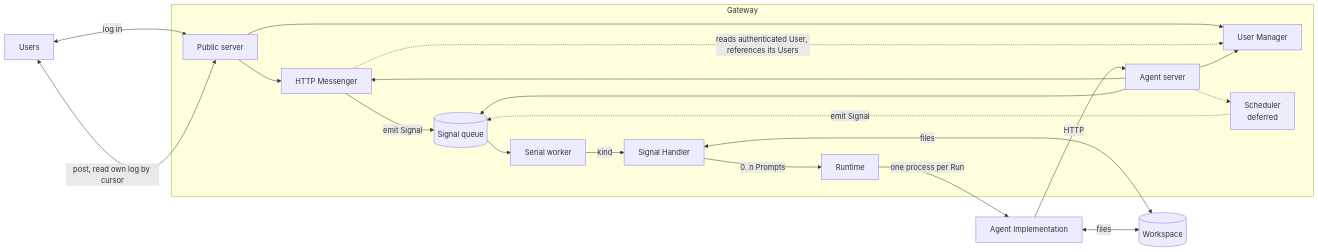
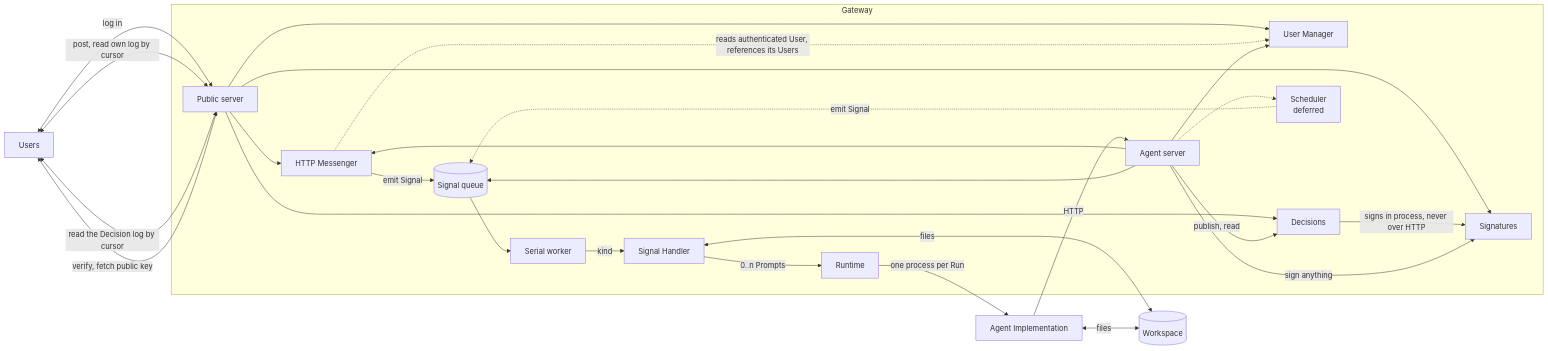
Before and after one commit to shutter-network/concorde: the diagram in docs/architecture.md, drawn with Mermaid. The commit also changed other lines of this file and 10 other files, not shown here.

Commit message:
docs: the decisions behind descriptions, signatures and decisions

````diff
--- a/docs/architecture.md
+++ b/docs/architecture.md
@@ -21,24 +25,31 @@
 ```mermaid
 flowchart LR
     U[Users] <-->|log in| P[Public server]
     U <-->|post, read own log by cursor| P
+    U <-->|read the Decision log by cursor| P
+    U <-->|verify, fetch public key| P
     subgraph GW[Gateway]
       P --> UM[User Manager]
       P --> M[HTTP Messenger]
+      P --> D[Decisions]
+      P --> SG[Signatures]
       M -.->|reads authenticated User, references its Users| UM
       M -->|emit Signal| Q[(Signal queue)]
       S[Scheduler<br/>deferred] -.->|emit Signal| Q
       Q --> W[Serial worker]
       W -->|kind| H[Signal Handler]
       H -->|0..n Prompts| RA[Runtime]
+      D -->|signs in process, never over HTTP| SG
       AS[Agent server]
       AS --> M
       AS --> UM
+      AS -->|publish, read| D
+      AS -->|sign anything| SG
       AS -.-> S
       AS --> Q
     end
     RA -->|one process per Run| AR[Agent Implementation]
     AR -->|HTTP| AS
     H <-->|files| WS[(Workspace)]
     AR <-->|files| WS
 ```
````
